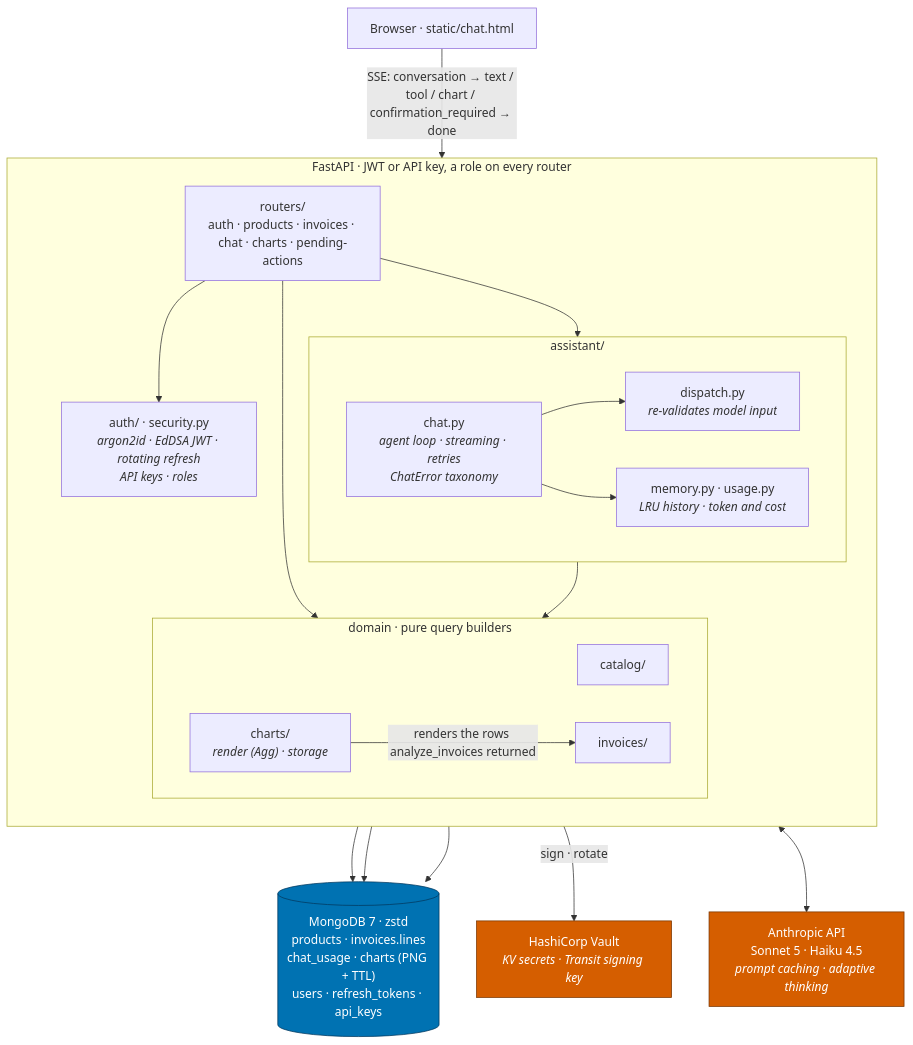
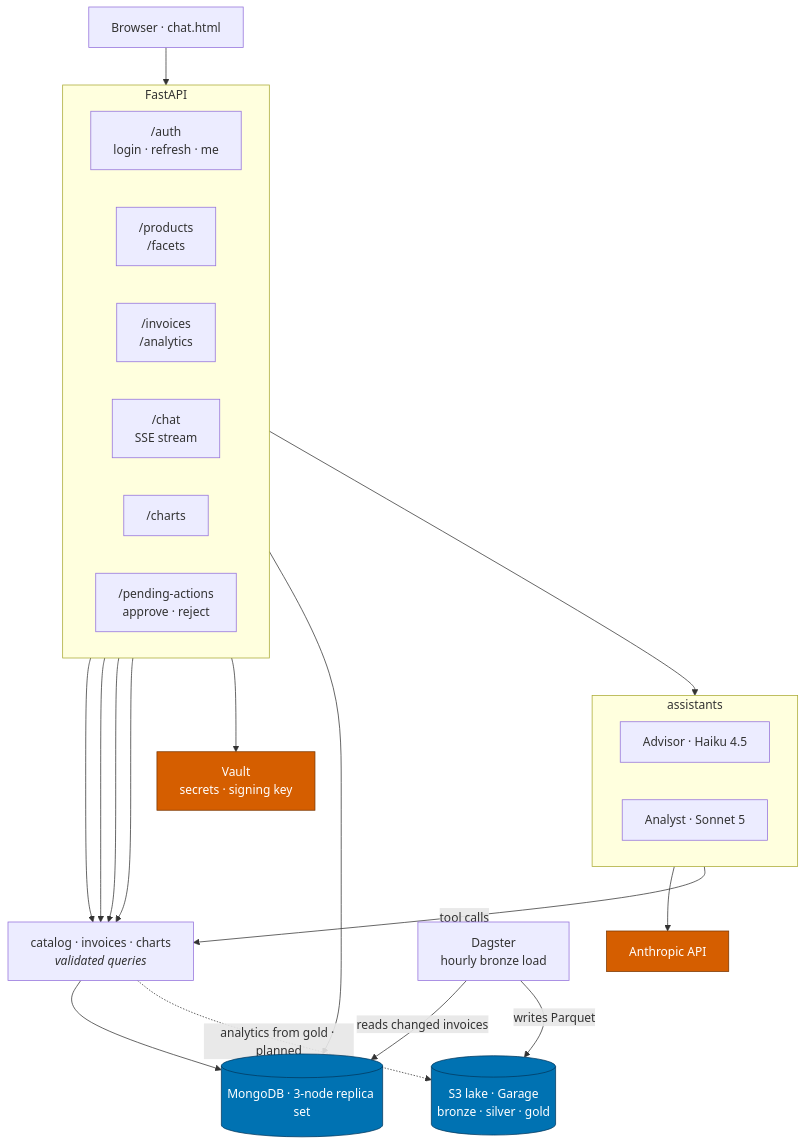
Before and after one commit to sokvl/claude-erp-assistant: the diagram in README.md, drawn with Mermaid. The commit also changed other lines of this file, not shown here.

Commit message:
docs: rewrite the README around the problem, the features and the data lake

````diff
--- a/README.md
+++ b/README.md
@@ -37,47 +47,44 @@
 ```mermaid
 flowchart TB
-    UI["Browser · static/chat.html"]
+    UI["Browser · chat.html"]
 
-    subgraph APP["FastAPI · JWT or API key, a role on every router"]
-        direction TB
-        RT["routers/<br/>auth · products · invoices · chat · charts · pending-actions"]
-        AUTH["auth/ · security.py<br/><i>argon2id · EdDSA JWT · rotating refresh<br/>API keys · roles</i>"]
-
-        subgraph AST["assistant/"]
-            direction LR
-            LOOP["chat.py<br/><i>agent loop · streaming · retries<br/>ChatError taxonomy</i>"]
-            DISP["dispatch.py<br/><i>re-validates model input</i>"]
-            BOOK["memory.py · usage.py<br/><i>LRU history · token and cost</i>"]
-        end
-
-        subgraph DOM["domain · pure query builders"]
-            direction LR
-            CAT["catalog/"]
-            INV["invoices/"]
-            CHT["charts/<br/><i>render (Agg) · storage</i>"]
-        end
+    subgraph API["FastAPI"]
+        direction LR
+        R_AUTH["/auth<br/>login · refresh · me"]
+        R_CAT["/products<br/>/facets"]
+        R_INV["/invoices<br/>/analytics"]
+        R_CHAT["/chat<br/>SSE stream"]
+        R_CHART["/charts"]
+        R_PEND["/pending-actions<br/>approve · reject"]
     end
 
-    DB[("MongoDB 7 · zstd<br/>products · invoices.lines<br/>chat_usage · charts (PNG + TTL)<br/>users · refresh_tokens · api_keys")]
-    API["Anthropic API<br/>Sonnet 5 · Haiku 4.5<br/><i>prompt caching · adaptive thinking</i>"]
-    VAULT["HashiCorp Vault<br/><i>KV secrets · Transit signing key</i>"]
+    subgraph AST["assistants"]
+        direction LR
+        ADV["Advisor · Haiku 4.5"]
+        ANA["Analyst · Sonnet 5"]
+    end
 
-    UI -- "SSE: conversation → text / tool / chart / confirmation_required → done" --> RT
-    RT --> AUTH
-    RT --> AST
-    RT --> DOM
-    AUTH --> DB
-    AUTH -- "sign · rotate" --> VAULT
-    LOOP <--> API
-    LOOP --> DISP
-    LOOP --> BOOK
-    DISP --> DOM
-    CHT -- "renders the rows analyze_invoices returned" --> INV
+    DOM["catalog · invoices · charts<br/><i>validated queries</i>"]
+    DB[("MongoDB · 3-node replica set")]
+    LLM["Anthropic API"]
+    VAULT["Vault<br/>secrets · signing key"]
+    DAG["Dagster<br/>hourly bronze load"]
+    LAKE[("S3 lake · Garage<br/>bronze · silver · gold")]
+
+    UI --> API
+    R_CHAT --> AST
+    AST --> LLM
+    AST -- "tool calls" --> DOM
+    R_CAT & R_INV & R_CHART & R_PEND --> DOM
+    R_AUTH --> VAULT
+    R_AUTH --> DB
     DOM --> DB
-    BOOK --> DB
+    DAG -- "reads changed invoices" --> DB
+    DAG -- "writes Parquet" --> LAKE
+    DOM -. "analytics from gold · planned" .-> LAKE
 
     classDef store fill:#0072B2,stroke:#04395e,color:#fff
     classDef ext fill:#D55E00,stroke:#7a3600,color:#fff
-    class DB store
-    class API,VAULT ext
+    class DB,LAKE store
+    class LLM,VAULT ext
 ```
````
